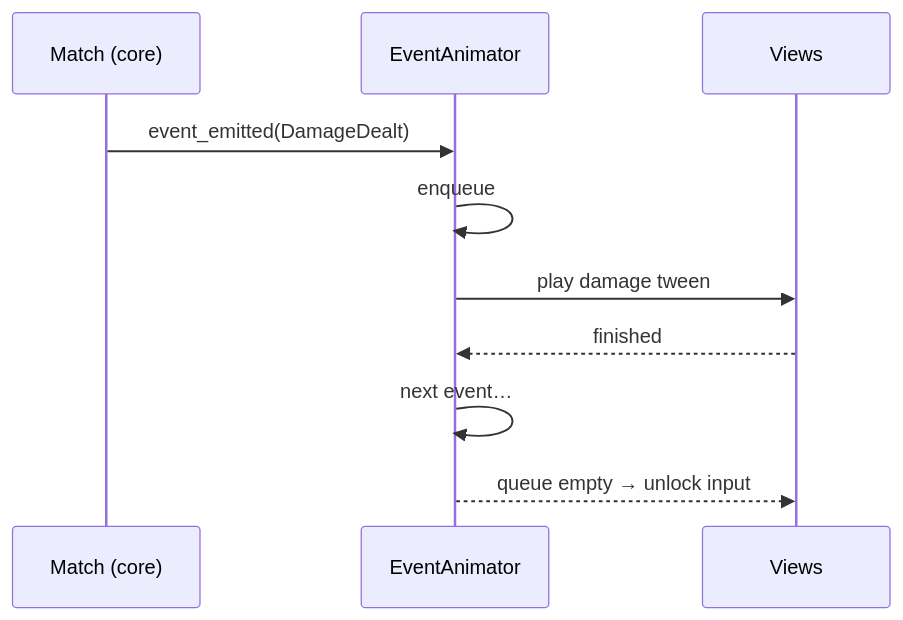
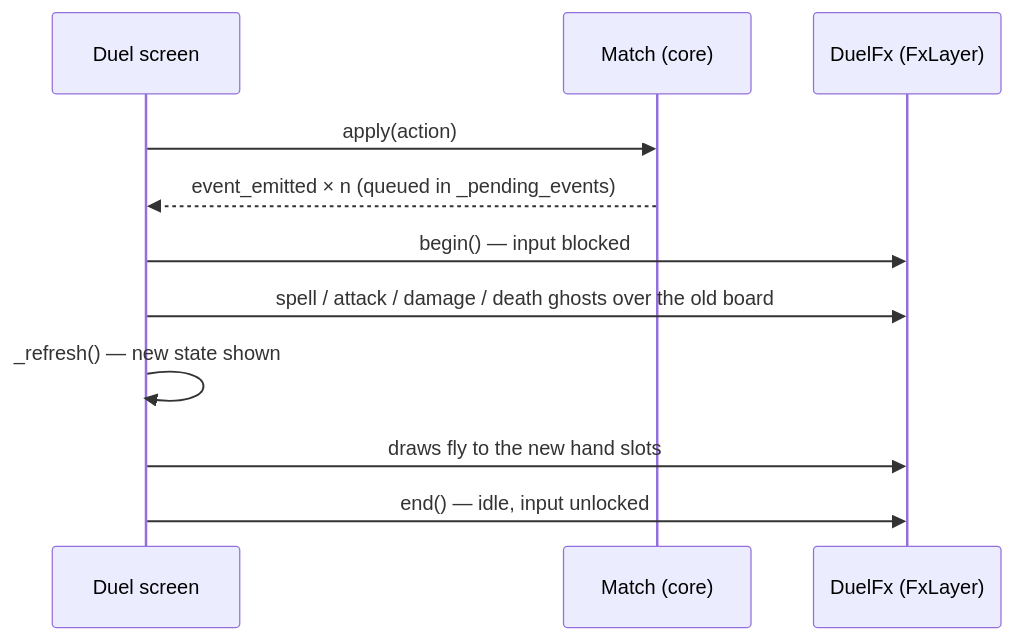
The diagram in docs/technical/06-ui-implementation.md (TuntematonSotilas/nothung), drawn with Mermaid before and after one commit. The commit also changed other lines of this file and 10 other files, not shown here.

````diff
--- a/docs/technical/06-ui-implementation.md
+++ b/docs/technical/06-ui-implementation.md
@@ -57,12 +57,13 @@
 ```mermaid
 sequenceDiagram
+    participant D as Duel screen
     participant M as Match (core)
-    participant A as EventAnimator
-    participant V as Views
-    M->>A: event_emitted(DamageDealt)
-    A->>A: enqueue
-    A->>V: play damage tween
-    V-->>A: finished
-    A->>A: next event…
-    A-->>V: queue empty → unlock input
+    participant F as DuelFx (FxLayer)
+    D->>M: apply(action)
+    M-->>D: event_emitted × n (queued in _pending_events)
+    D->>F: begin() — input blocked
+    D->>F: spell / attack / damage / death ghosts over the old board
+    D->>D: _refresh() — new state shown
+    D->>F: draws fly to the new hand slots
+    D->>F: end() — idle, input unlocked
 ```
````
